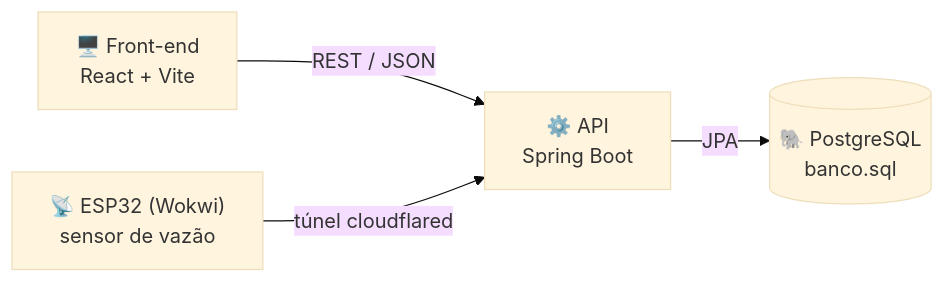
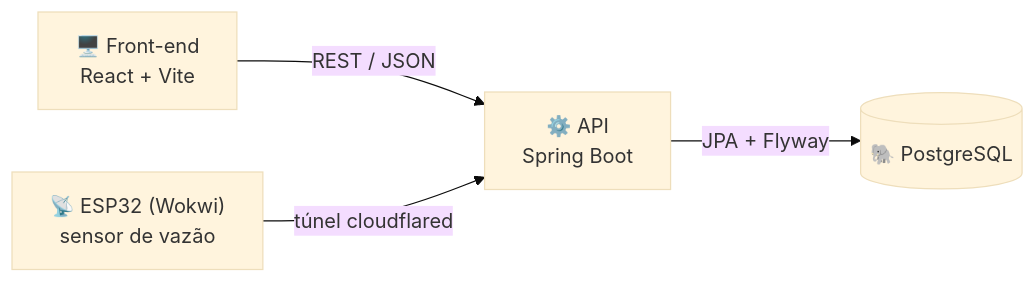
The first of 2 diagrams in README.md (paulomourz/aguas-do-capibaribe), drawn with Mermaid (base theme) before and after one commit. The commit also changed other lines of this file and 19 other files, not shown here.

````diff
--- a/README.md
+++ b/README.md
@@ -61,6 +61,6 @@
 ```mermaid
 flowchart LR
     W["🖥️ Front-end<br/>React + Vite"] -- "REST / JSON" --> A["⚙️ API<br/>Spring Boot"]
     S["📡 ESP32 (Wokwi)<br/>sensor de vazão"] -- "túnel cloudflared" --> A
-    A -- "JPA" --> B[("🐘 PostgreSQL<br/>banco.sql")]
+    A -- "JPA + Flyway" --> B[("🐘 PostgreSQL")]
 ```
````
